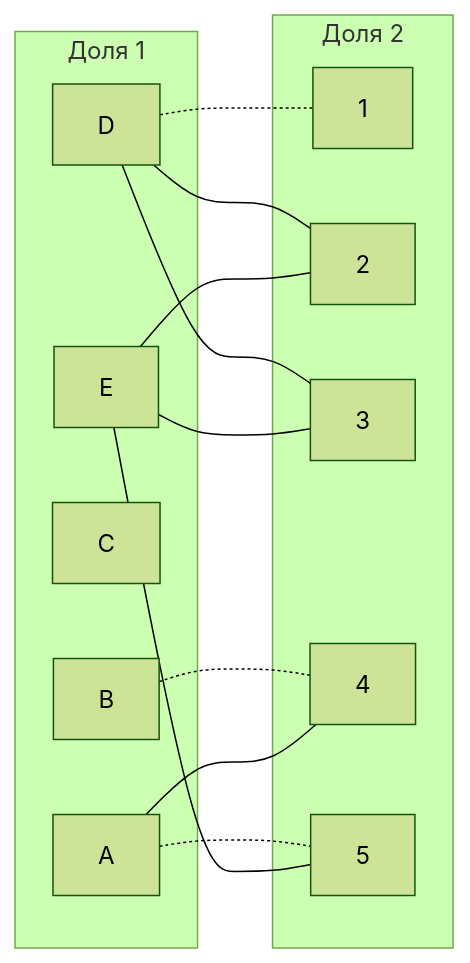
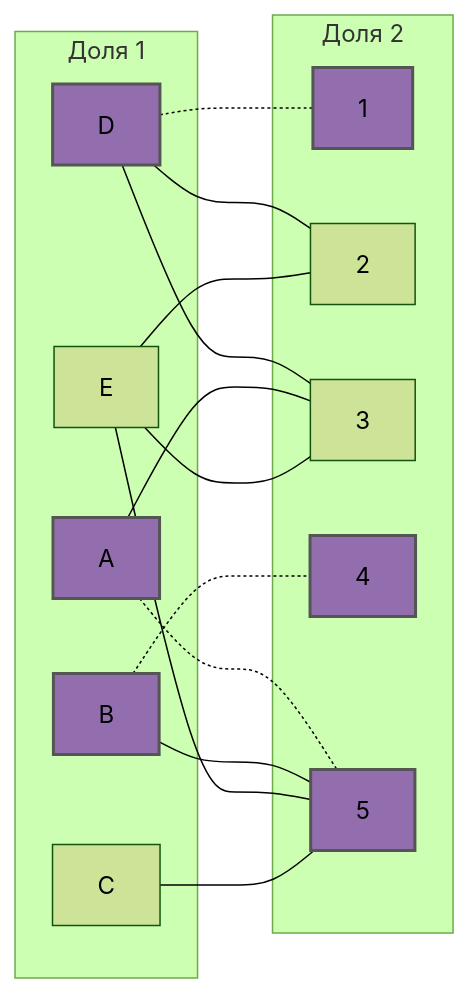
Before and after one commit to hse-algo-24-owl/manual-tasks-owl: the fourth of 10 diagrams in task-8/mikhailkrug.md, drawn with Mermaid (forest theme). The commit also changed other lines of this file, not shown here.

````diff
--- a/task-8/mikhailkrug.md
+++ b/task-8/mikhailkrug.md
@@ -134,26 +140,34 @@
 ```mermaid
 graph LR
     subgraph "Доля 1"
         A[A]
         B[B]
         C[C]
         D[D]
         E[E]
     end
     subgraph "Доля 2"
         1[1]
         2[2]
         3[3]
         4[4]
         5[5]
     end
     A -.- 5
     B -.- 4
+    B --- 5
     D -.- 1
     D --- 2
     D --- 3
     E --- 5
-    A --- 4
+    C --- 5
+    A --- 3
     E --- 2
     E --- 3
+    style A fill:#926EAE,stroke:#555,stroke-width:2px
+    style 5 fill:#926EAE,stroke:#555,stroke-width:2px
+    style D fill:#926EAE,stroke:#555,stroke-width:2px
+    style 1 fill:#926EAE,stroke:#555,stroke-width:2px
+    style B fill:#926EAE,stroke:#555,stroke-width:2px
+    style 4 fill:#926EAE,stroke:#555,stroke-width:2px
 ```
````
